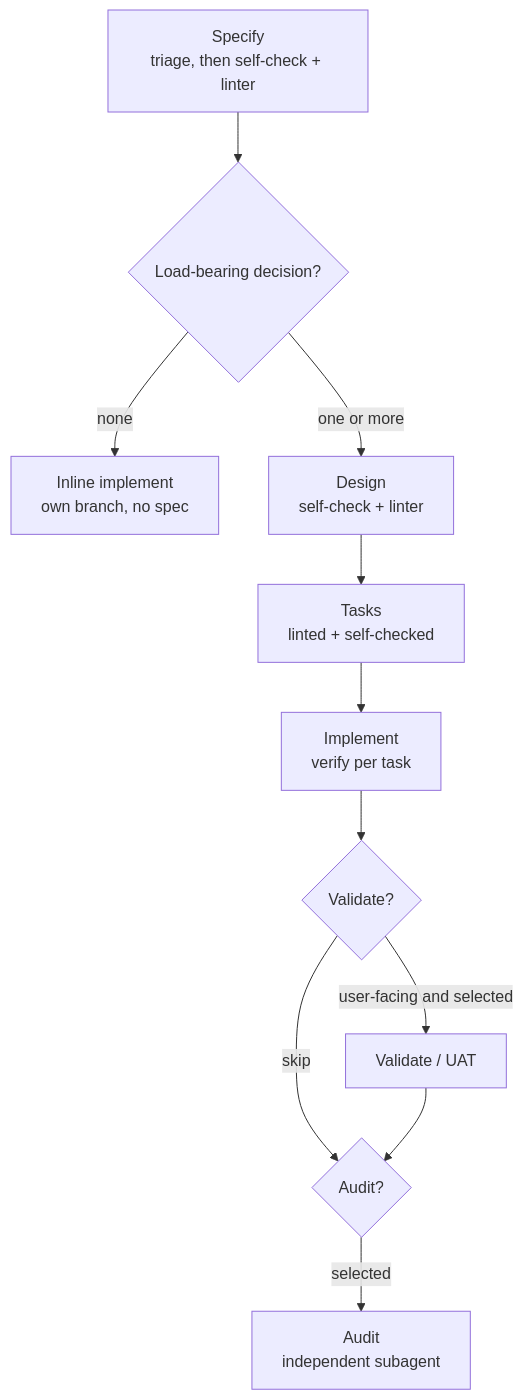
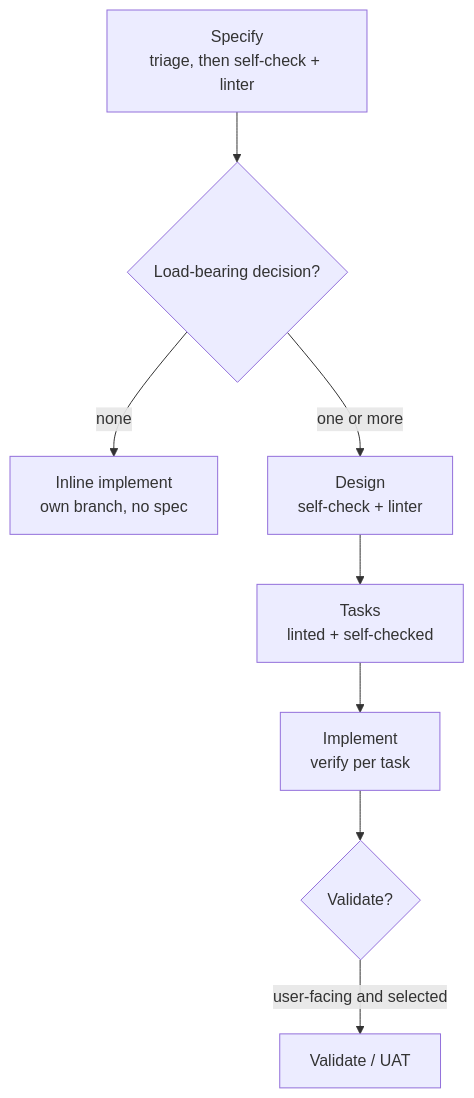
The diagram in skills/engineering/spec-driven/README.md (adeonir/agent-skills), drawn with Mermaid before and after one commit. The commit also changed other lines of this file and 13 other files, not shown here.

````diff
--- a/skills/engineering/spec-driven/README.md
+++ b/skills/engineering/spec-driven/README.md
@@ -9,13 +9,10 @@
 ```mermaid
 flowchart TD
     A[Specify<br/>triage, then self-check + linter] --> B{Load-bearing decision?}
     B -->|none| S[Inline implement<br/>own branch, no spec]
     B -->|one or more| D[Design<br/>self-check + linter]
     D --> T[Tasks<br/>linted + self-checked]
     T --> I[Implement<br/>verify per task]
     I --> V{Validate?}
     V -->|user-facing and selected| VA[Validate / UAT]
-    V -->|skip| AD{Audit?}
-    VA --> AD
-    AD -->|selected| AU[Audit<br/>independent subagent]
 ```
````
